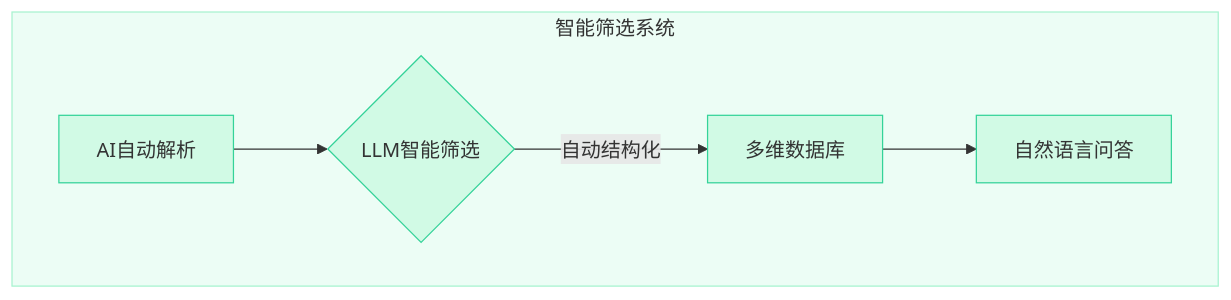
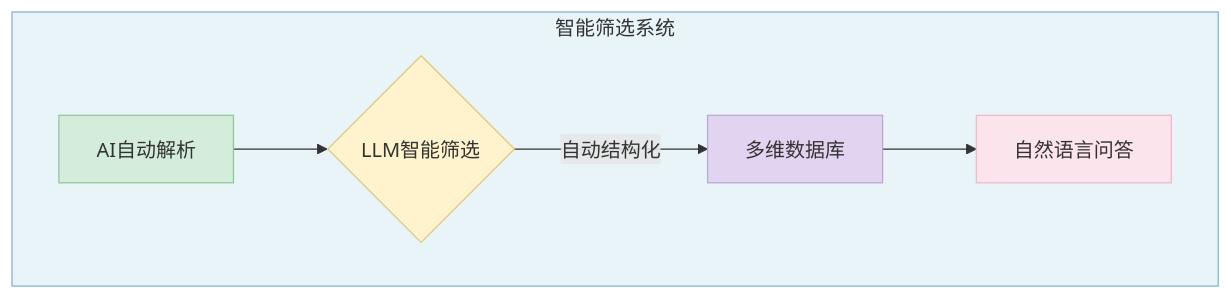
The second of 18 diagrams in README.md (xt765/ResumeScreening), drawn with Mermaid before and after one commit. The commit also changed other lines of this file and 4 other files, not shown here.

````diff
--- a/README.md
+++ b/README.md
@@ -51,14 +56,14 @@
 ```mermaid
 graph LR
     subgraph System [智能筛选系统]
         direction LR
         B1[AI自动解析] --> B2{LLM智能筛选}
         B2 -->|自动结构化| B3[多维数据库]
         B3 --> B4[自然语言问答]
     end
-    style System fill:#ecfdf5,stroke:#a7f3d0
-    style B1 fill:#d1fae5,stroke:#34d399
-    style B2 fill:#d1fae5,stroke:#34d399
-    style B3 fill:#d1fae5,stroke:#34d399
-    style B4 fill:#d1fae5,stroke:#34d399
+    style System fill:#e8f4f8,stroke:#7fb3d5
+    style B1 fill:#d4edda,stroke:#90c695
+    style B2 fill:#fff3cd,stroke:#e0c97f
+    style B3 fill:#e2d4f0,stroke:#b8a9d0
+    style B4 fill:#fce4ec,stroke:#f0b8c4
 ```
````
